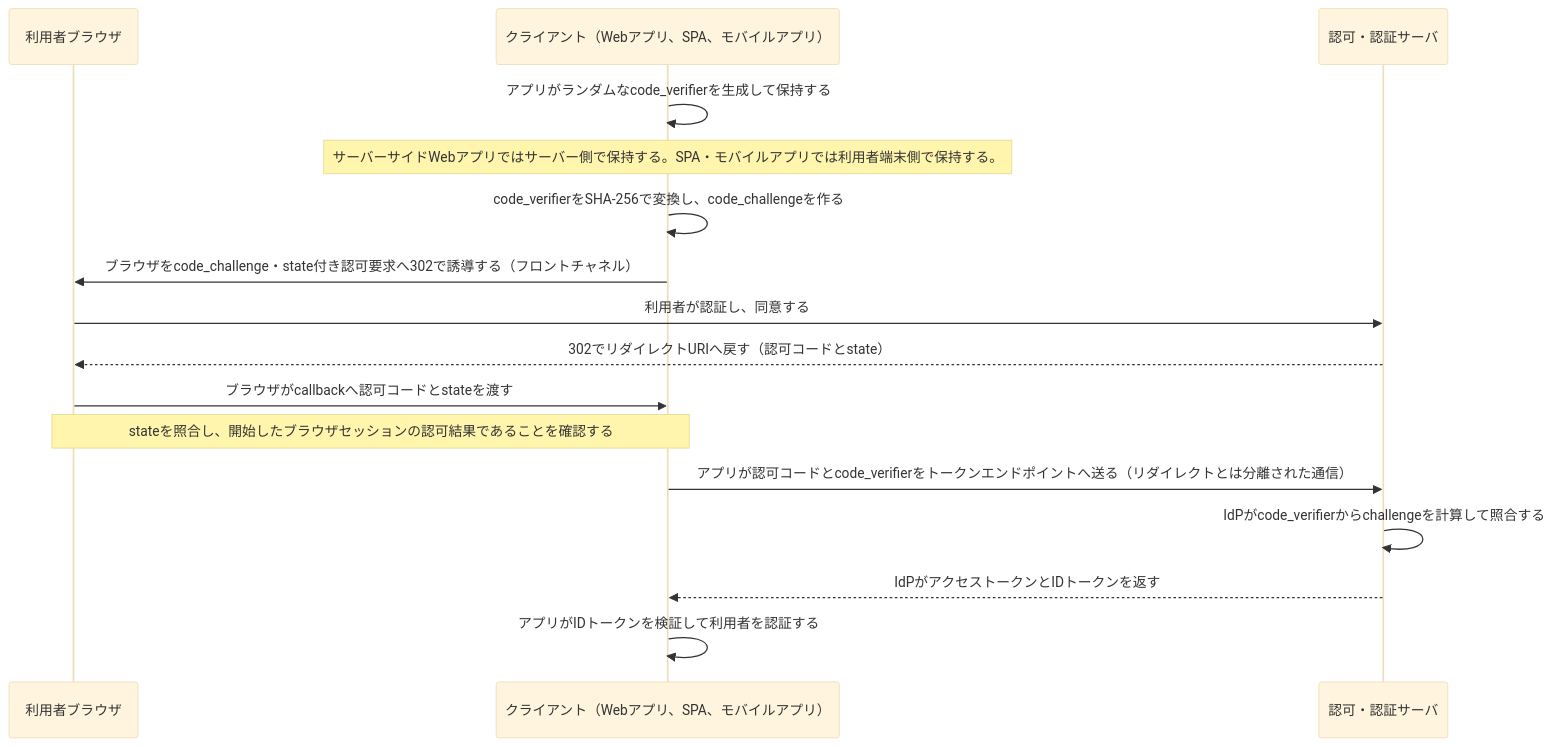
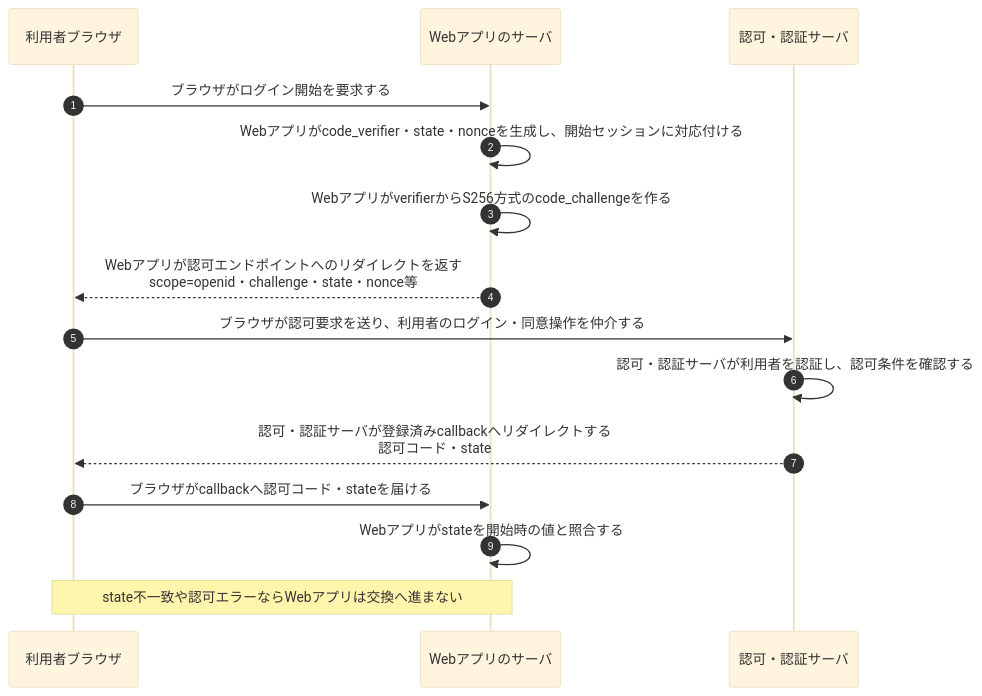
The first of 2 diagrams in 復習用/流れ図/OAuth2とOIDCの認可コードとPKCE.md (ryusuke2003/security-specialist-study), drawn with Mermaid (base theme) before and after one commit. The commit also changed other lines of this file and 26 other files, not shown here.

Commit message:
流れ図全23資料の主体と処理段階を明確化し構造検査を追加

````diff
--- a/復習用/流れ図/OAuth2とOIDCの認可コードとPKCE.md
+++ b/復習用/流れ図/OAuth2とOIDCの認可コードとPKCE.md
@@ -3,19 +11,18 @@
 ```mermaid
 sequenceDiagram
-    participant User as 利用者ブラウザ
-    participant Client as クライアント（Webアプリ、SPA、モバイルアプリ）
-    participant IdP as 認可・認証サーバ
+    autonumber
+    participant B as 利用者ブラウザ
+    participant C as Webアプリのサーバ
+    participant O as 認可・認証サーバ
 
-    Client->>Client: アプリがランダムなcode_verifierを生成して保持する
-    Note over Client: サーバーサイドWebアプリではサーバー側で保持する。SPA・モバイルアプリでは利用者端末側で保持する。
-    Client->>Client: code_verifierをSHA-256で変換し、code_challengeを作る
-    Client->>User: ブラウザをcode_challenge・state付き認可要求へ302で誘導する（フロントチャネル）
-    User->>IdP: 利用者が認証し、同意する
-    IdP-->>User: 302でリダイレクトURIへ戻す（認可コードとstate）
-    User->>Client: ブラウザがcallbackへ認可コードとstateを渡す
-    Note over User,Client: stateを照合し、開始したブラウザセッションの認可結果であることを確認する
-    Client->>IdP: アプリが認可コードとcode_verifierをトークンエンドポイントへ送る（リダイレクトとは分離された通信）
-    IdP->>IdP: IdPがcode_verifierからchallengeを計算して照合する
-    IdP-->>Client: IdPがアクセストークンとIDトークンを返す
-    Client->>Client: アプリがIDトークンを検証して利用者を認証する
+    B->>C: ブラウザがログイン開始を要求する
+    C->>C: Webアプリがcode_verifier・state・nonceを生成し、開始セッションに対応付ける
+    C->>C: WebアプリがverifierからS256方式のcode_challengeを作る
+    C-->>B: Webアプリが認可エンドポイントへのリダイレクトを返す<br/>scope=openid・challenge・state・nonce等
+    B->>O: ブラウザが認可要求を送り、利用者のログイン・同意操作を仲介する
+    O->>O: 認可・認証サーバが利用者を認証し、認可条件を確認する
+    O-->>B: 認可・認証サーバが登録済みcallbackへリダイレクトする<br/>認可コード・state
+    B->>C: ブラウザがcallbackへ認可コード・stateを届ける
+    C->>C: Webアプリがstateを開始時の値と照合する
+    Note over B,C: state不一致や認可エラーならWebアプリは交換へ進まない
 ```
````
